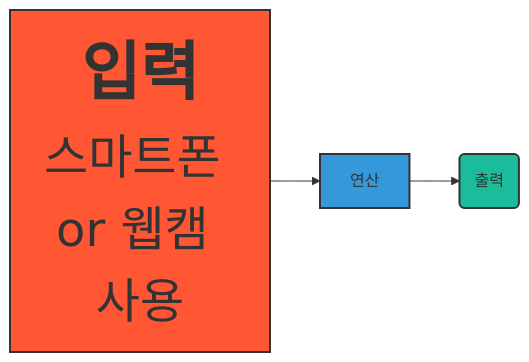
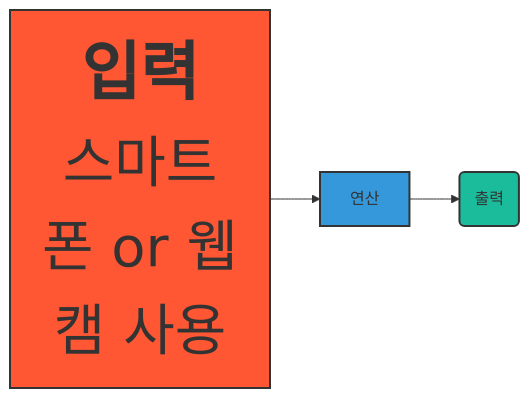
Before and after one commit to 201710808/-p: the diagram in Readme.md, drawn with Mermaid.

````diff
--- a/Readme.md
+++ b/Readme.md
@@ -3,10 +3,10 @@
 ```mermaid
 graph LR
-A[<b><span style='font-size:64px'>입력</span></b>\n<span style='font-size:48px'>스마트폰 or 웹캠 사용] --> B[연산]
+A[<b><span style='font-size:64px'>입력</span></b>\n<span style='font-size:56px'>스마트폰 or 웹캠 사용] --> B[연산]
 B --> C(출력)
 
 style A fill:#FF5733,stroke:#333,stroke-width:2px
 style B fill:#3498db,stroke:#333,stroke-width:2px
 style C fill:#1abc9c,stroke:#333,stroke-width:2px
 
 ```
````
